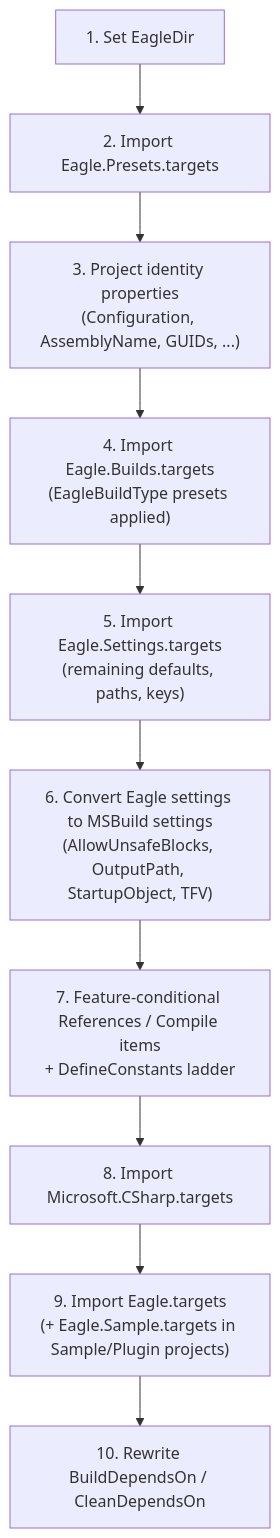
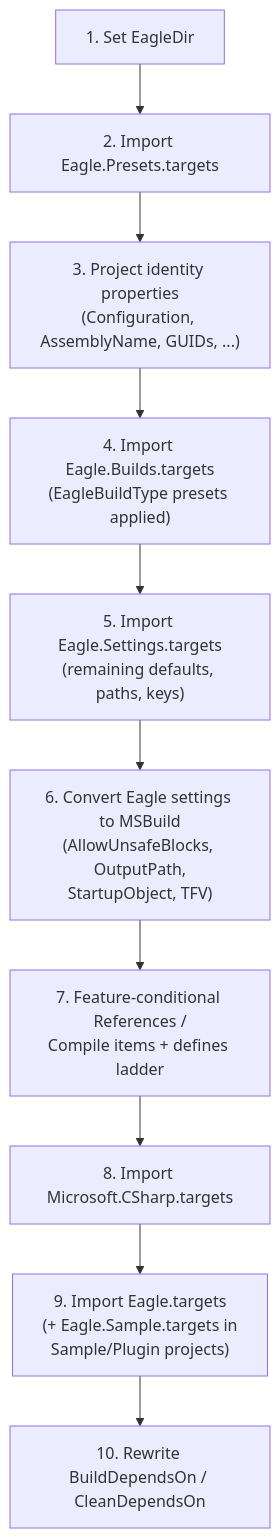
The third of 6 diagrams in msbuild.md (mistachkin/docs), drawn with Mermaid before and after one commit. The commit also changed other lines of this file, not shown here.

Commit message:
Fixes to MSBuild information.

````diff
--- a/msbuild.md
+++ b/msbuild.md
@@ -211,12 +198,12 @@
 ```mermaid
 flowchart TD
     A["1. Set EagleDir"] --> B["2. Import Eagle.Presets.targets"]
     B --> C["3. Project identity properties<br/>(Configuration, AssemblyName, GUIDs, ...)"]
     C --> D["4. Import Eagle.Builds.targets<br/>(EagleBuildType presets applied)"]
     D --> E["5. Import Eagle.Settings.targets<br/>(remaining defaults, paths, keys)"]
-    E --> F["6. Convert Eagle settings to MSBuild settings<br/>(AllowUnsafeBlocks, OutputPath, StartupObject, TFV)"]
-    F --> G["7. Feature-conditional References / Compile items<br/>+ DefineConstants ladder"]
+    E --> F["6. Convert Eagle settings to MSBuild<br/>(AllowUnsafeBlocks, OutputPath,<br/>StartupObject, TFV)"]
+    F --> G["7. Feature-conditional References /<br/>Compile items + defines ladder"]
     G --> H["8. Import Microsoft.CSharp.targets"]
-    H --> I["9. Import Eagle.targets<br/>(+ Eagle.Sample.targets in Sample/Plugin projects)"]
+    H --> I["9. Import Eagle.targets<br/>(+ Eagle.Sample.targets in<br/>Sample/Plugin projects)"]
     I --> J["10. Rewrite BuildDependsOn / CleanDependsOn"]
 ```
````
